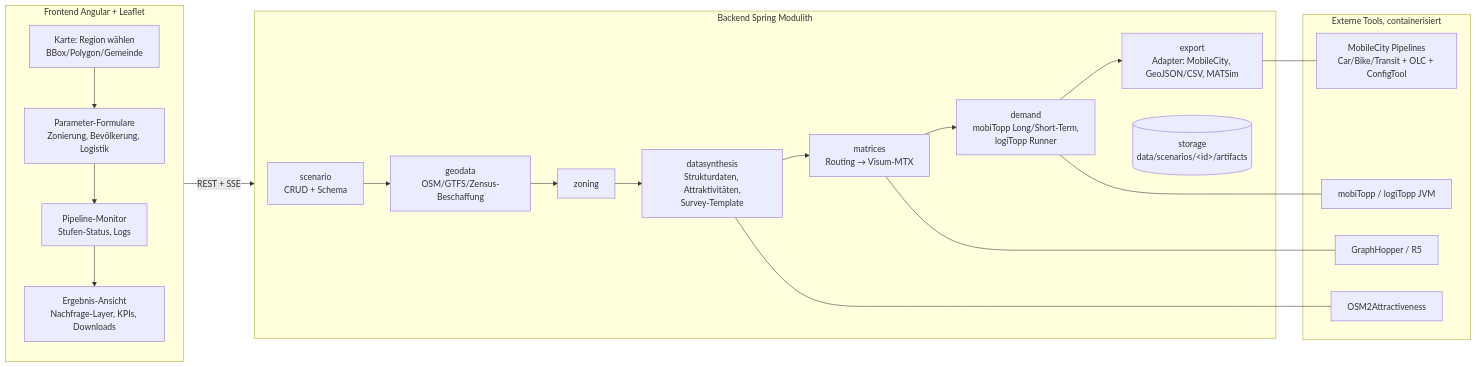
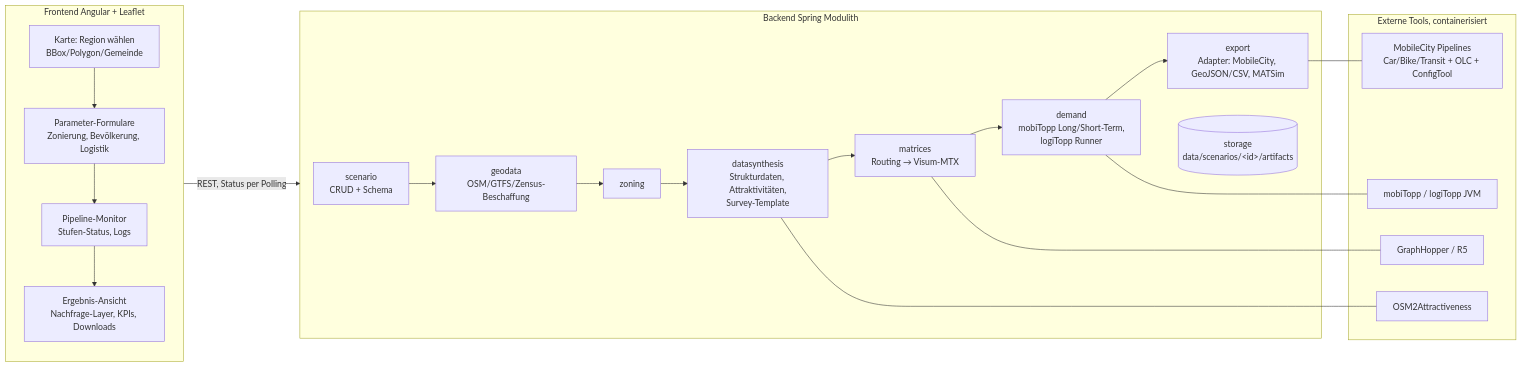
Before and after one commit to phil-hei/synthesis: the first of 2 diagrams in docs/03-architektur.md, drawn with Mermaid. The commit also changed other lines of this file and 7 other files, not shown here.

````diff
--- a/docs/03-architektur.md
+++ b/docs/03-architektur.md
@@ -99,31 +106,31 @@
 ```mermaid
 flowchart LR
     subgraph FE [Frontend Angular + Leaflet]
         A[Karte: Region wählen<br/>BBox/Polygon/Gemeinde] --> B[Parameter-Formulare<br/>Zonierung, Bevölkerung, Logistik]
         B --> C[Pipeline-Monitor<br/>Stufen-Status, Logs]
         C --> D[Ergebnis-Ansicht<br/>Nachfrage-Layer, KPIs, Downloads]
     end
 
     subgraph BE [Backend Spring Modulith]
         S[scenario<br/>CRUD + Schema] --> G[geodata<br/>OSM/GTFS/Zensus-Beschaffung]
         G --> Z[zoning]
         Z --> SYN[datasynthesis<br/>Strukturdaten, Attraktivitäten,<br/>Survey-Template]
         SYN --> M[matrices<br/>Routing → Visum-MTX]
         M --> DEM[demand<br/>mobiTopp Long/Short-Term,<br/>logiTopp Runner]
         DEM --> EXP[export<br/>Adapter: MobileCity, GeoJSON/CSV, MATSim]
         ST[(storage<br/>data/scenarios/&lt;id&gt;/artifacts)]
     end
 
     subgraph TOOLS [Externe Tools, containerisiert]
         T1[GraphHopper / R5]
         T2[mobiTopp / logiTopp JVM]
         T3[OSM2Attractiveness]
         T4[MobileCity Pipelines<br/>Car/Bike/Transit + OLC + ConfigTool]
     end
 
-    FE -- REST + SSE --> BE
+    FE -- REST, Status per Polling --> BE
     M --- T1
     DEM --- T2
     SYN --- T3
     EXP --- T4
 ```
````
